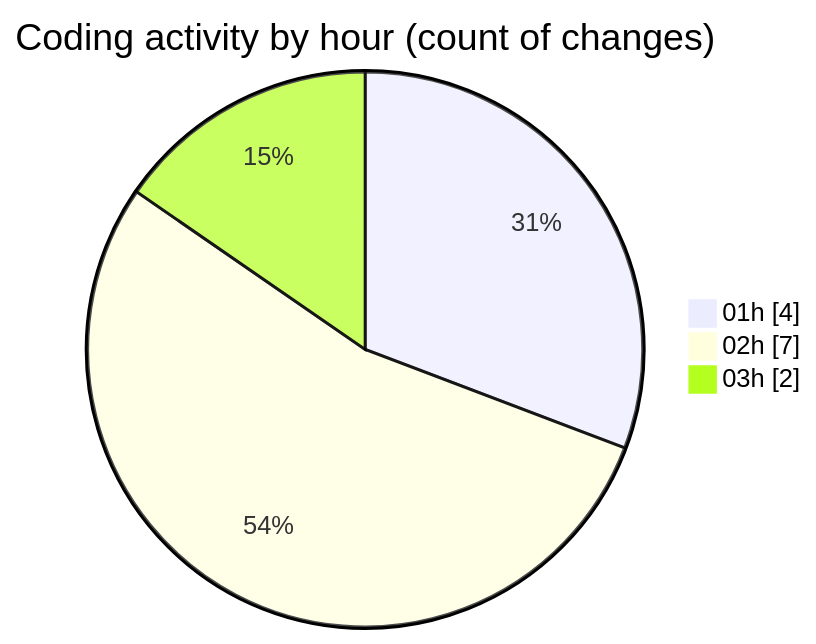
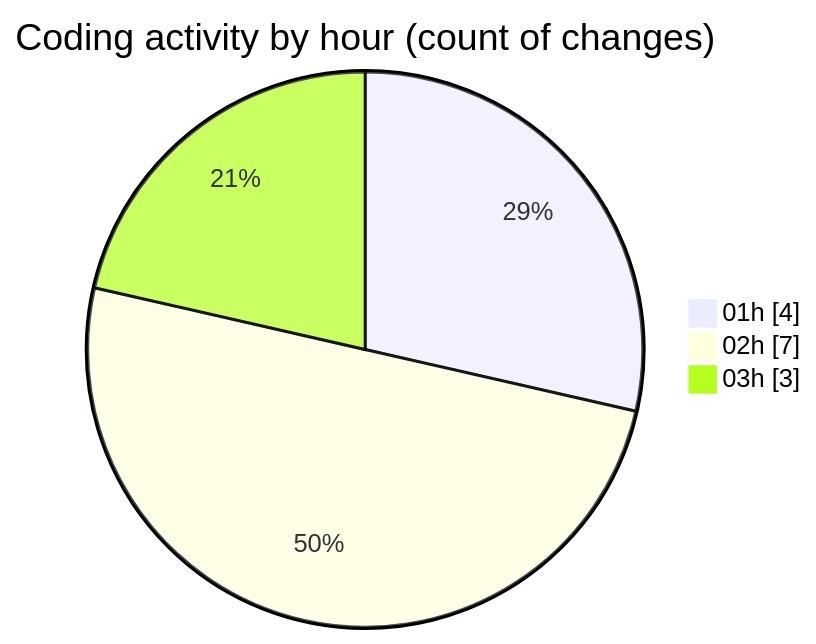
The second of 2 diagrams in 2025-07-15/telebot/README.md (jrari/code-tracking), drawn with Mermaid before and after one commit. The commit also changed other lines of this file and 1 other file, not shown here.

````diff
--- a/2025-07-15/telebot/README.md
+++ b/2025-07-15/telebot/README.md
@@ -30,7 +31,7 @@
 ```mermaid
 pie showData
 title Coding activity by hour (count of changes)
 "01h" : 4
 "02h" : 7
-"03h" : 2
+"03h" : 3
 ```
````
